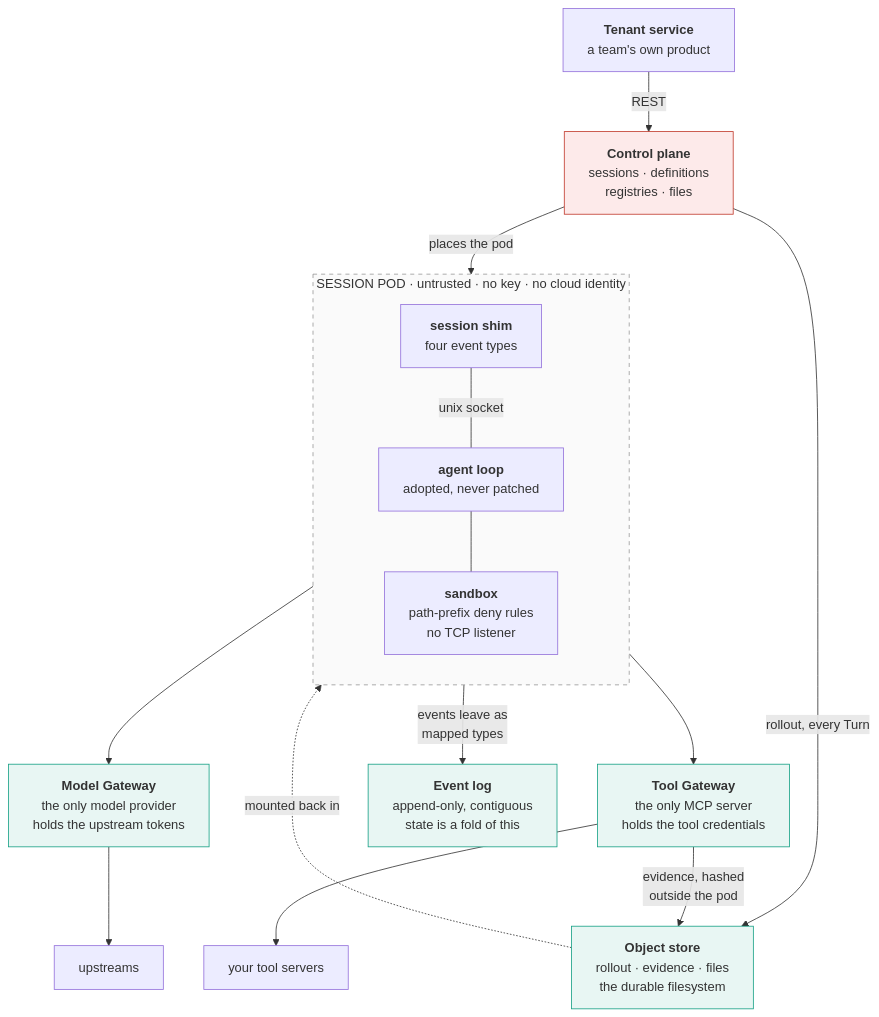
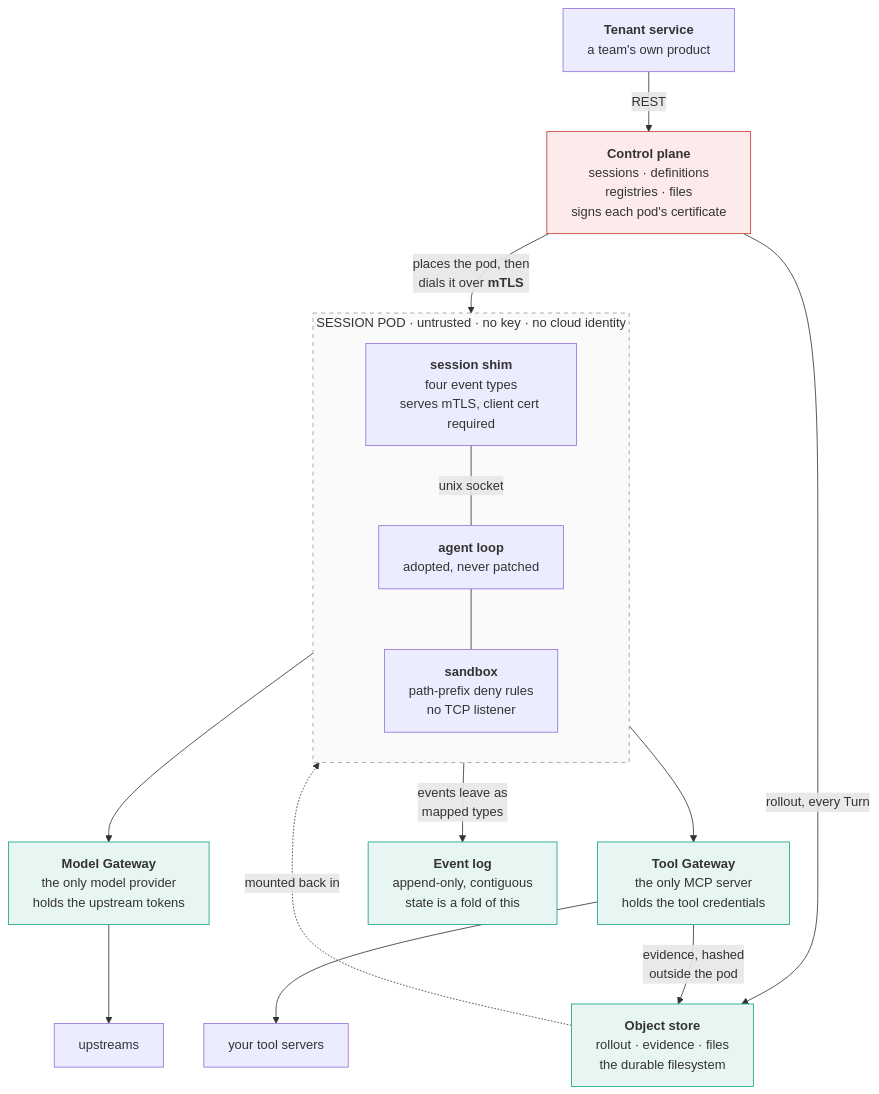
One commit to celestialdust/managed-agent-platform changed the diagram in .github/readme/05-topology.mmd. Above: the diagram before and after it, drawn with Mermaid. The commit also changed 231 other files, not shown here.

```diff
--- a/.github/readme/05-topology.mmd
+++ b/.github/readme/05-topology.mmd
@@ -1,45 +1,48 @@
 flowchart TB
     T["`**Tenant service**
 a team's own product`"] -->|REST| CP["`**Control plane**
 sessions · definitions
-registries · files`"]
-    CP -->|"places the pod"| POD
+registries · files
+signs each pod's certificate`"]
+    CP -->|"`places the pod, then
+dials it over **mTLS**`"| POD
 
     subgraph POD ["SESSION POD · untrusted · no key · no cloud identity"]
         direction TB
         SH["`**session shim**
-four event types`"]
+four event types
+serves mTLS, client cert required`"]
         AL["`**agent loop**
 adopted, never patched`"]
         SB["`**sandbox**
 path-prefix deny rules
 no TCP listener`"]
         SH ---|unix socket| AL --- SB
     end
 
     POD --> MG["`**Model Gateway**
 the only model provider
 holds the upstream tokens`"]
     POD --> TG["`**Tool Gateway**
 the only MCP server
 holds the tool credentials`"]
     MG --> UP["upstreams"]
     TG --> TS["your tool servers"]
 
     POD -->|"`events leave as
 mapped types`"| EL["`**Event log**
 append-only, contiguous
 state is a fold of this`"]
     CP -->|"rollout, every Turn"| OS["`**Object store**
 rollout · evidence · files
 the durable filesystem`"]
     TG -->|"`evidence, hashed
 outside the pod`"| OS
     OS -.->|"mounted back in"| POD
 
     style POD fill:#fafafa,stroke:#999,stroke-dasharray: 5 5
     style CP fill:#fdeaea,stroke:#c0392b
     style MG fill:#e8f6f3,stroke:#16a085
     style TG fill:#e8f6f3,stroke:#16a085
     style OS fill:#e8f6f3,stroke:#16a085
     style EL fill:#e8f6f3,stroke:#16a085
```
